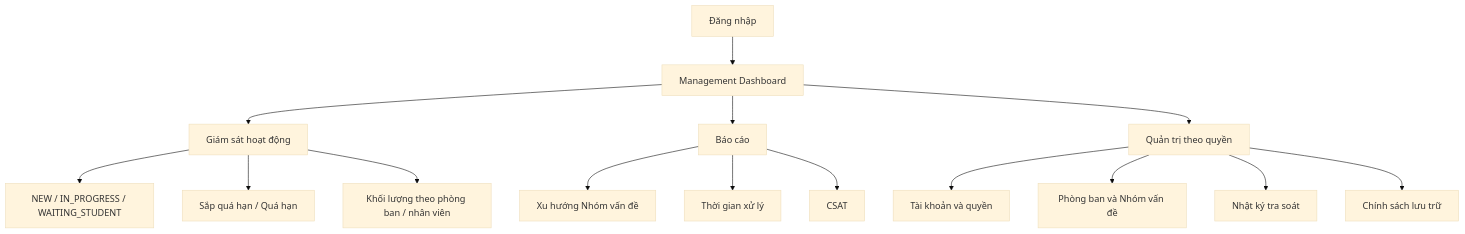
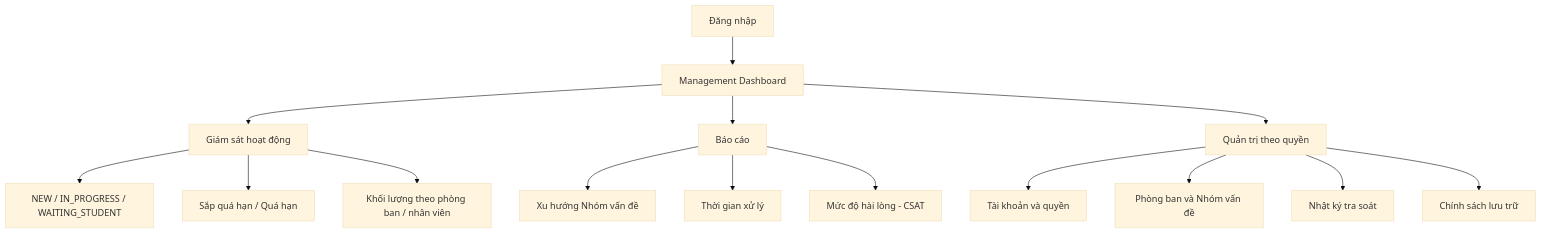
The diagram in 03-modules/M03-management-dashboard/README.md (trvannhan/unisupport-docs), drawn with Mermaid (base theme) before and after one commit. The commit also changed other lines of this file, not shown here.

````diff
--- a/03-modules/M03-management-dashboard/README.md
+++ b/03-modules/M03-management-dashboard/README.md
@@ -36,20 +36,20 @@
 ```mermaid
 flowchart TD
     A[Đăng nhập] --> B[Management Dashboard]
 
     B --> C[Giám sát hoạt động]
     C --> D[NEW / IN_PROGRESS / WAITING_STUDENT]
     C --> E[Sắp quá hạn / Quá hạn]
     C --> F[Khối lượng theo phòng ban / nhân viên]
 
     B --> G[Báo cáo]
     G --> H[Xu hướng Nhóm vấn đề]
     G --> I[Thời gian xử lý]
-    G --> J[CSAT]
+    G --> J[Mức độ hài lòng - CSAT]
 
     B --> K[Quản trị theo quyền]
     K --> L[Tài khoản và quyền]
     K --> M[Phòng ban và Nhóm vấn đề]
     K --> N[Nhật ký tra soát]
     K --> O[Chính sách lưu trữ]
 ```
````
